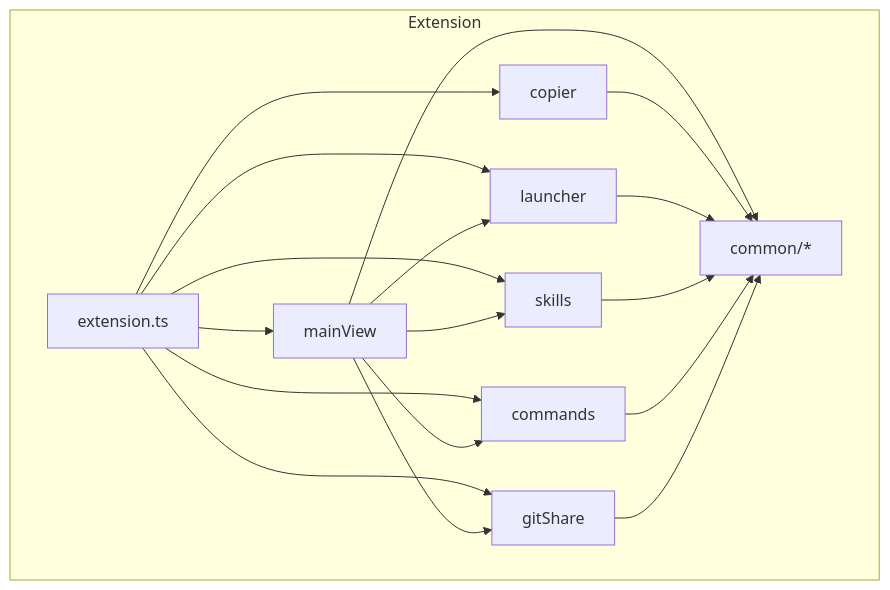
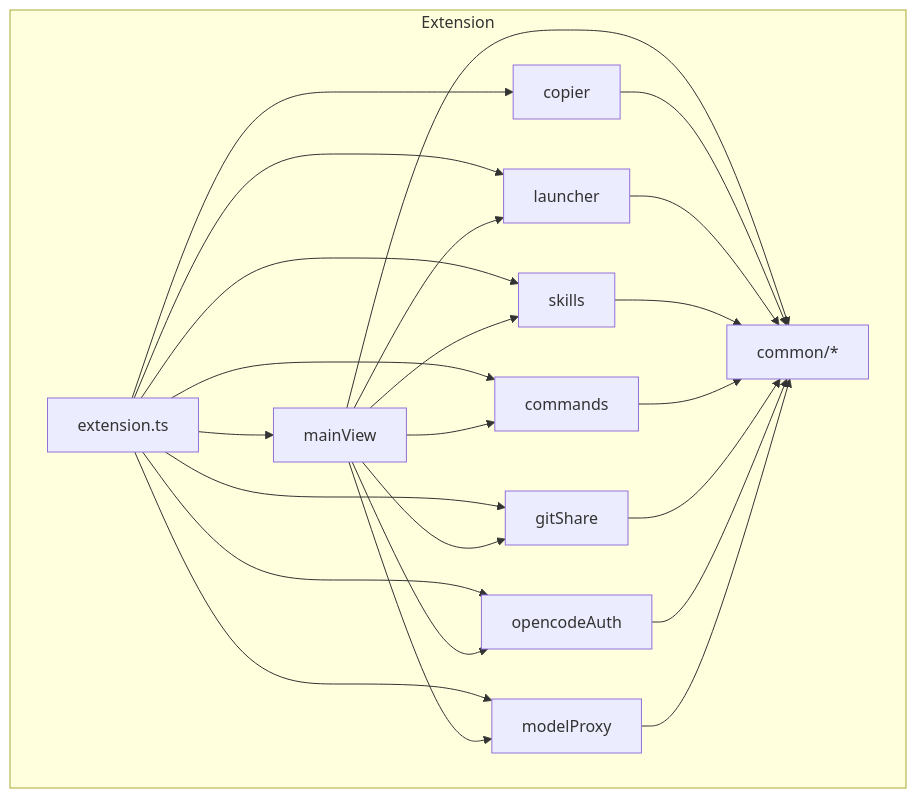
One commit to NAMEWTA/Ampify changed the first of 5 diagrams in .agents/skills/ampify-dev-guide/references/architecture.md. Above: the diagram before and after it, drawn with Mermaid. The commit also changed other lines of this file and 14 other files, not shown here.

````diff
--- a/.agents/skills/ampify-dev-guide/references/architecture.md
+++ b/.agents/skills/ampify-dev-guide/references/architecture.md
@@ -13,32 +13,40 @@
 ```mermaid
 flowchart TB
     subgraph Extension
         EXT[extension.ts]
         COMMON[common/*]
         MV[mainView]
         COP[copier]
         LAU[launcher]
         SKI[skills]
         CMD[commands]
         GIT[gitShare]
+        OPA[opencodeAuth]
+        MP[modelProxy]
     end
 
     EXT --> MV
     EXT --> COP
     EXT --> LAU
     EXT --> GIT
     EXT --> SKI
     EXT --> CMD
+    EXT --> OPA
+    EXT --> MP
 
     MV --> COMMON
     COP --> COMMON
     LAU --> COMMON
     SKI --> COMMON
     CMD --> COMMON
     GIT --> COMMON
+    OPA --> COMMON
+    MP --> COMMON
 
     MV --> SKI
     MV --> CMD
     MV --> LAU
     MV --> GIT
+    MV --> OPA
+    MV --> MP
 ```
````
